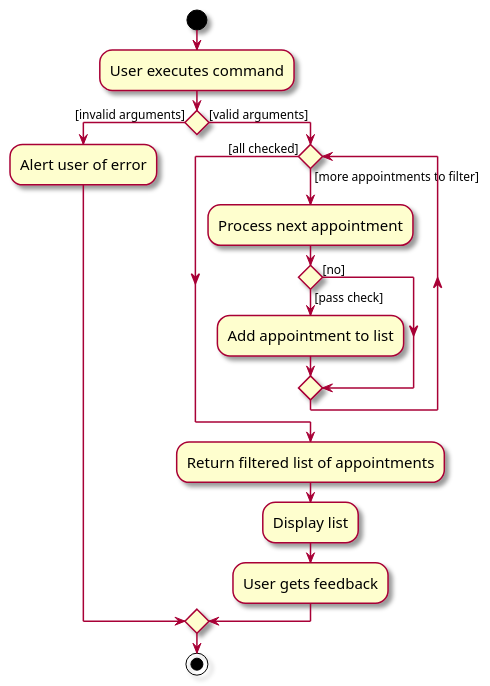
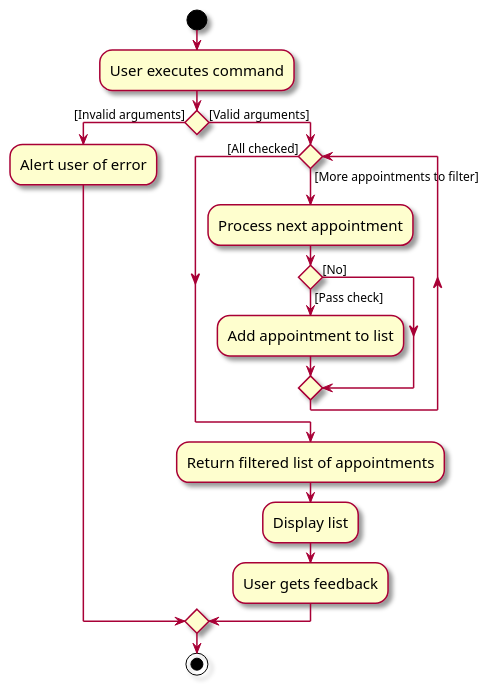
One commit to AY2324S2-CS2103T-F10-3/tp changed the diagram in diagrams/FindApptActivityDiagram.puml. Above: the diagram before and after it, drawn with PlantUML. The commit also changed 67 other files, not shown here.

```diff
--- a/diagrams/FindApptActivityDiagram.puml
+++ b/diagrams/FindApptActivityDiagram.puml
@@ -1,23 +1,23 @@
 @startuml
 skin rose
 skinparam ActivityFontSize 15
 skinparam ArrowFontSize 12
 start
 
 :User executes command;
-if () then ([invalid arguments])
+if () then ([Invalid arguments])
   :Alert user of error;
-    else ([valid arguments])
-      while () is ([more appointments to filter])
+    else ([Valid arguments])
+      while () is ([More appointments to filter])
         :Process next appointment;
-        if () then ([pass check])
+        if () then ([Pass check])
           :Add appointment to list;
-        else ([no])
+        else ([No])
         endif
-        endwhile ([all checked])
+        endwhile ([All checked])
       :Return filtered list of appointments;
       :Display list;
       :User gets feedback;
     endif
     stop
 @enduml
```
